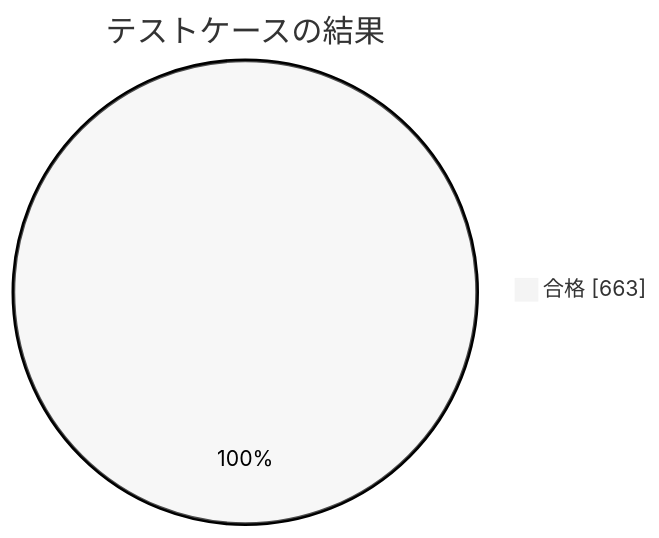
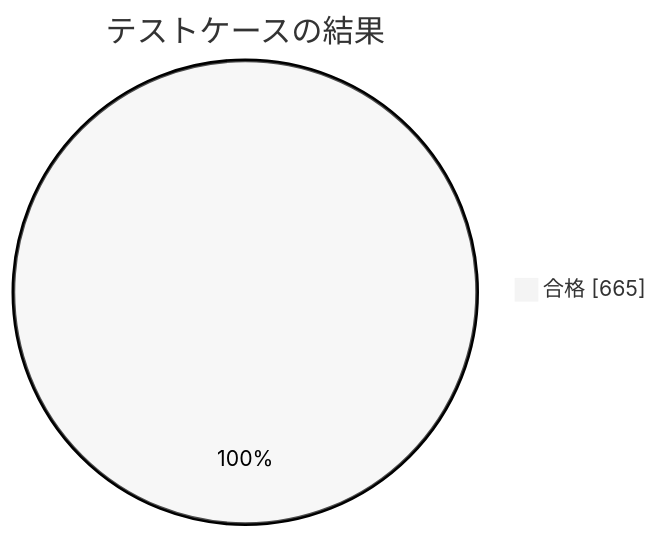
The second of 3 diagrams in documents/モジュールテスト結果報告書_RPG学習アプリ.md (pocarialice/rpglearning), drawn with Mermaid (neutral theme) before and after one commit. The commit also changed other lines of this file and 3 other files, not shown here.

````diff
--- a/documents/モジュールテスト結果報告書_RPG学習アプリ.md
+++ b/documents/モジュールテスト結果報告書_RPG学習アプリ.md
@@ -64,4 +64,4 @@
 ```mermaid
 pie showData title テストケースの結果
-  "合格" : 663
+  "合格" : 665
 ```
````
